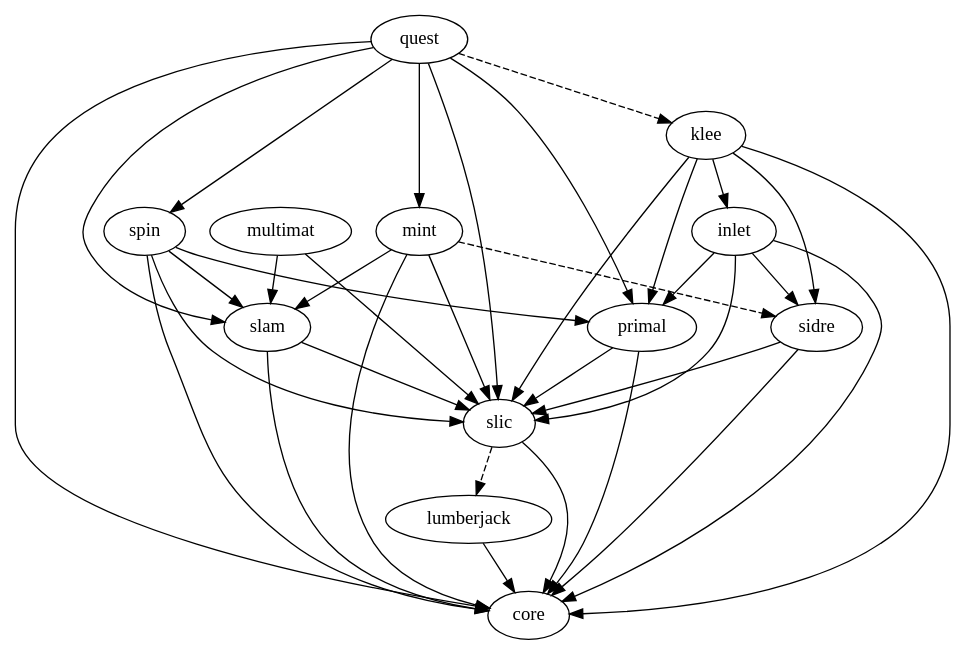
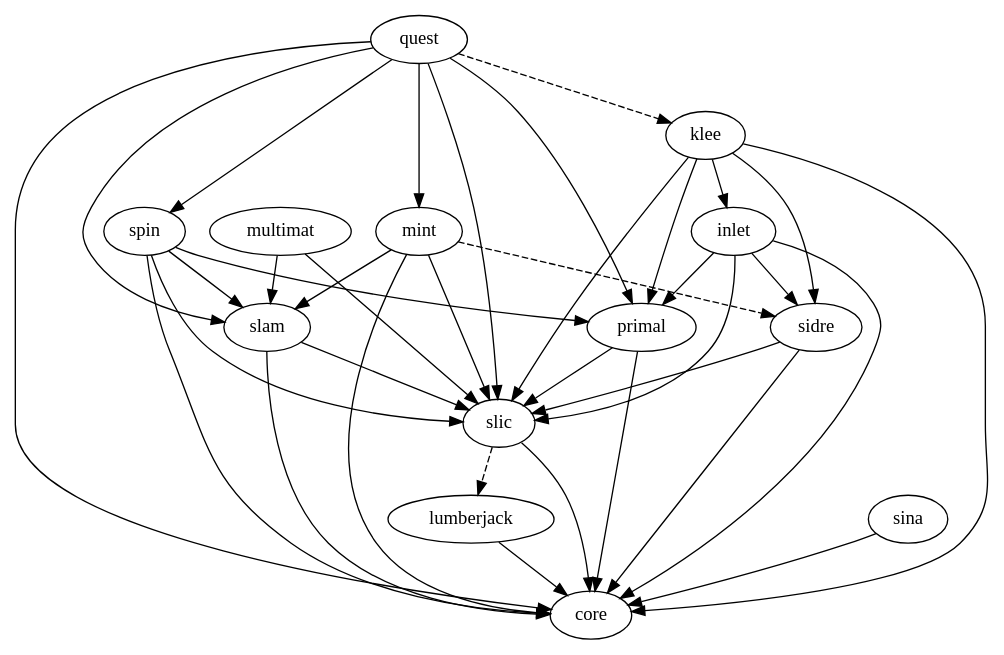
Before and after one commit to LLNL/axom: the diagram in src/docs/dependencies.dot, drawn with Graphviz. The commit also changed 10 other files, not shown here.

```diff
--- a/src/docs/dependencies.dot
+++ b/src/docs/dependencies.dot
@@ -1,15 +1,16 @@
 digraph dependencies {
   quest -> {slam primal mint spin};
   quest -> klee [style="dashed"];
   {inlet klee mint primal quest slam spin} -> {slic core};
   mint -> slam
   mint -> sidre [style="dashed"];
   multimat -> {slic slam};
   spin -> {slam primal};
   sidre -> {slic core};
+  sina -> {core};
   slic -> core;
   slic -> lumberjack [style="dashed"];
   lumberjack -> core;
   inlet -> {sidre primal};
   klee -> {sidre primal inlet};
 }
```
